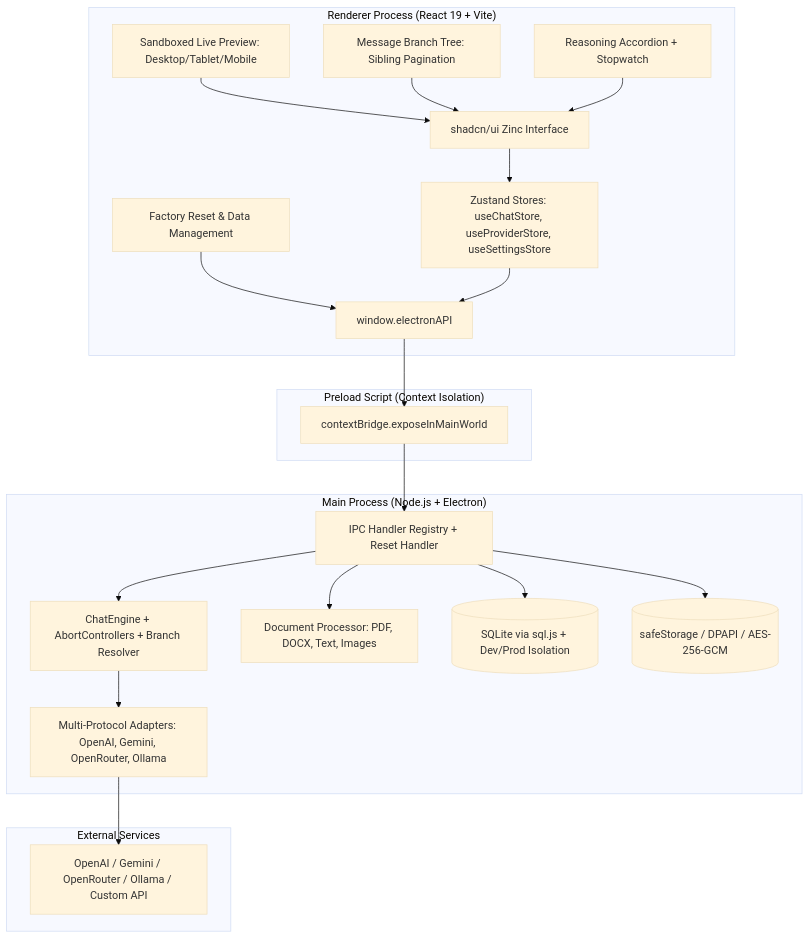
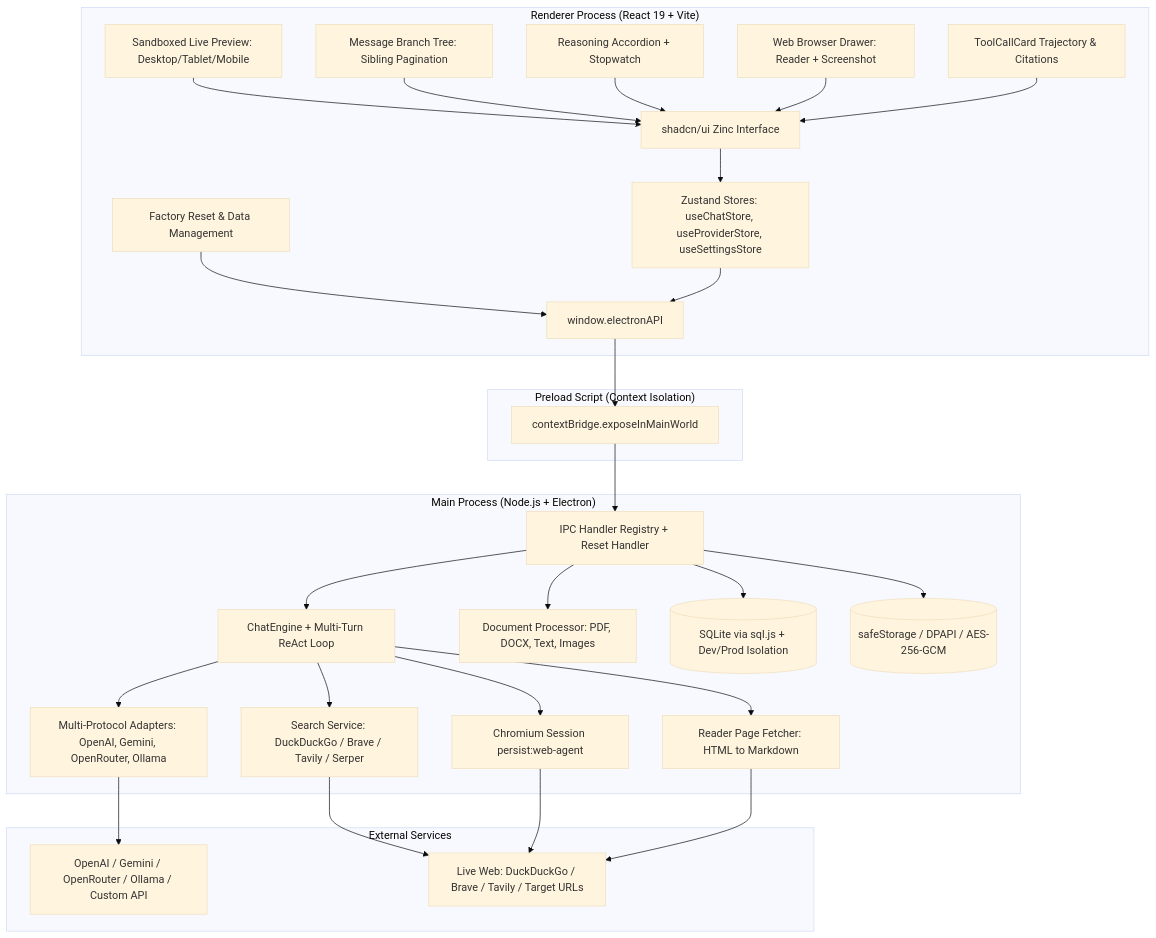
Before and after one commit to brick-24/box-llm-ui: the diagram in README.md, drawn with Mermaid (base theme). The commit also changed other lines of this file and 13 other files, not shown here.

````diff
--- a/README.md
+++ b/README.md
@@ -71,44 +79,58 @@
 ```mermaid
 graph TD
     subgraph Renderer ["Renderer Process (React 19 + Vite)"]
         UI[shadcn/ui Zinc Interface]
         Artifacts[Sandboxed Live Preview: Desktop/Tablet/Mobile]
         Branching[Message Branch Tree: Sibling Pagination]
         Thinking[Reasoning Accordion + Stopwatch]
+        BrowserDrawer[Web Browser Drawer: Reader + Screenshot]
+        ToolCards[ToolCallCard Trajectory & Citations]
         DangerZone[Factory Reset & Data Management]
         Zustand[Zustand Stores: useChatStore, useProviderStore, useSettingsStore]
         Bridge[window.electronAPI]
     end
 
     subgraph Preload ["Preload Script (Context Isolation)"]
         CB[contextBridge.exposeInMainWorld]
     end
 
     subgraph Main ["Main Process (Node.js + Electron)"]
         IPC[IPC Handler Registry + Reset Handler]
-        Engine[ChatEngine + AbortControllers + Branch Resolver]
+        Engine[ChatEngine + Multi-Turn ReAct Loop]
+        BrowserSession[Chromium Session persist:web-agent]
+        SearchEng[Search Service: DuckDuckGo / Brave / Tavily / Serper]
+        PageFetch[Reader Page Fetcher: HTML to Markdown]
         DocProc[Document Processor: PDF, DOCX, Text, Images]
         Adapters[Multi-Protocol Adapters: OpenAI, Gemini, OpenRouter, Ollama]
         DB[(SQLite via sql.js + Dev/Prod Isolation)]
         Keyring[(safeStorage / DPAPI / AES-256-GCM)]
     end
 
     subgraph External ["External Services"]
         APIs[OpenAI / Gemini / OpenRouter / Ollama / Custom API]
+        Web[Live Web: DuckDuckGo / Brave / Tavily / Target URLs]
     end
 
     UI --> Zustand
     Artifacts --> UI
     Branching --> UI
     Thinking --> UI
+    BrowserDrawer --> UI
+    ToolCards --> UI
     DangerZone --> Bridge
     Zustand --> Bridge
     Bridge --> CB
     CB --> IPC
     IPC --> Engine
+    Engine --> BrowserSession
+    Engine --> SearchEng
+    Engine --> PageFetch
     IPC --> DocProc
     IPC --> DB
     IPC --> Keyring
     Engine --> Adapters
     Adapters --> APIs
+    SearchEng --> Web
+    BrowserSession --> Web
+    PageFetch --> Web
 ```
````
